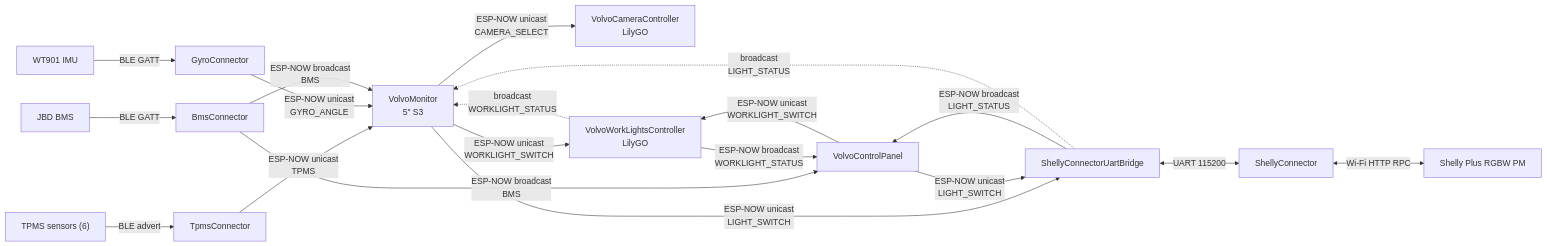
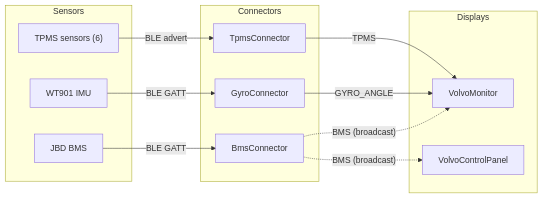
Before and after one commit to SzymonPobiega/esp32-car: the first of 3 diagrams in VOLVO.md, drawn with Mermaid. The commit also changed other lines of this file, not shown here.

Commit message:
Fix diagrams

````diff
--- a/VOLVO.md
+++ b/VOLVO.md
@@ -9,21 +13,24 @@
 ```mermaid
 flowchart LR
-  TPMS["TPMS sensors (6)"] -- "BLE advert" --> TC["TpmsConnector"]
-  WT["WT901 IMU"] -- "BLE GATT" --> GC["GyroConnector"]
-  JBD["JBD BMS"] -- "BLE GATT" --> BC["BmsConnector"]
-  TC -- "ESP-NOW unicast<br/>TPMS" --> VM["VolvoMonitor<br/>5&quot; S3"]
-  GC -- "ESP-NOW unicast<br/>GYRO_ANGLE" --> VM
-  BC -- "ESP-NOW broadcast<br/>BMS" --> VM
-  BC -- "ESP-NOW broadcast<br/>BMS" --> CP["VolvoControlPanel"]
-  VM -- "ESP-NOW unicast<br/>CAMERA_SELECT" --> CAM["VolvoCameraController<br/>LilyGO"]
-  VM -- "ESP-NOW unicast<br/>WORKLIGHT_SWITCH" --> WL["VolvoWorkLightsController<br/>LilyGO"]
-  VM -- "ESP-NOW unicast<br/>LIGHT_SWITCH" --> SB["ShellyConnectorUartBridge"]
-  CP -- "ESP-NOW unicast<br/>WORKLIGHT_SWITCH" --> WL
-  CP -- "ESP-NOW unicast<br/>LIGHT_SWITCH" --> SB
-  WL -- "ESP-NOW broadcast<br/>WORKLIGHT_STATUS" --> CP
-  WL -. "broadcast<br/>WORKLIGHT_STATUS" .-> VM
-  SB -- "ESP-NOW broadcast<br/>LIGHT_STATUS" --> CP
-  SB -. "broadcast<br/>LIGHT_STATUS" .-> VM
-  SB <-- "UART 115200" --> SC["ShellyConnector"]
-  SC <-- "Wi-Fi HTTP RPC" --> SH["Shelly Plus RGBW PM"]
+  subgraph Sensors
+    TPMS["TPMS sensors (6)"]
+    WT["WT901 IMU"]
+    JBD["JBD BMS"]
+  end
+  subgraph Connectors
+    TC["TpmsConnector"]
+    GC["GyroConnector"]
+    BC["BmsConnector"]
+  end
+  subgraph Displays
+    VM["VolvoMonitor"]
+    CP["VolvoControlPanel"]
+  end
+  TPMS -- "BLE advert" --> TC
+  WT -- "BLE GATT" --> GC
+  JBD -- "BLE GATT" --> BC
+  TC -- "TPMS" --> VM
+  GC -- "GYRO_ANGLE" --> VM
+  BC -. "BMS (broadcast)" .-> VM
+  BC -. "BMS (broadcast)" .-> CP
 ```
````
